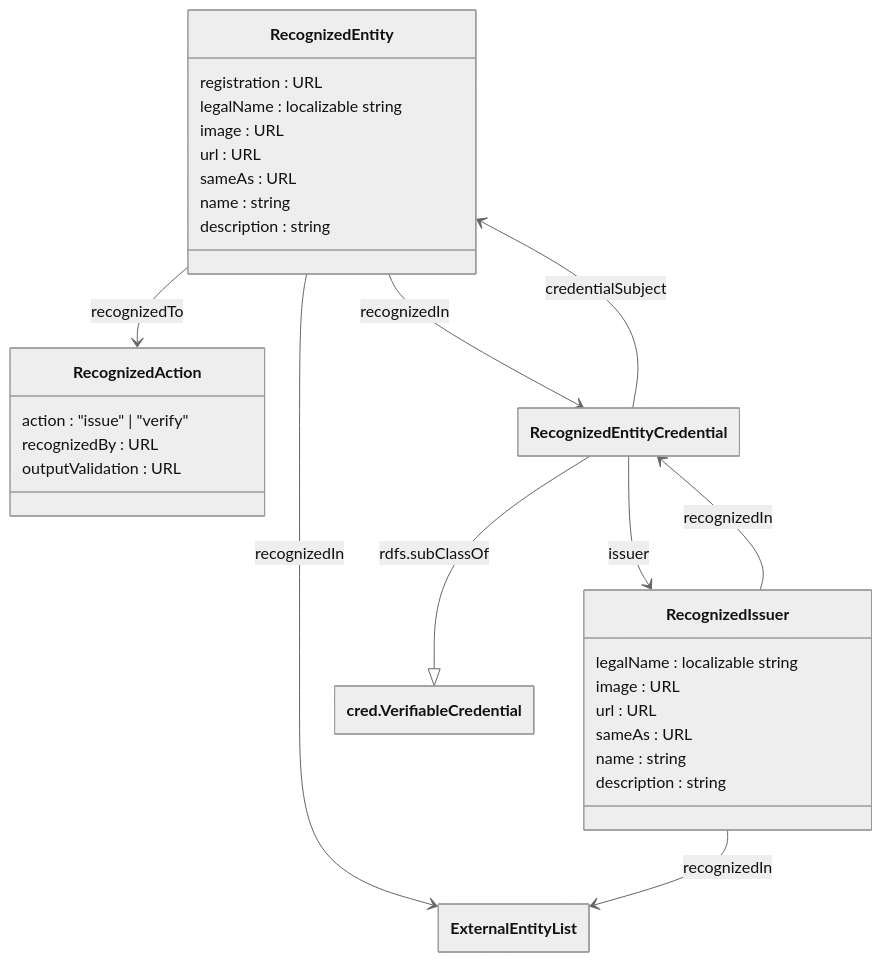
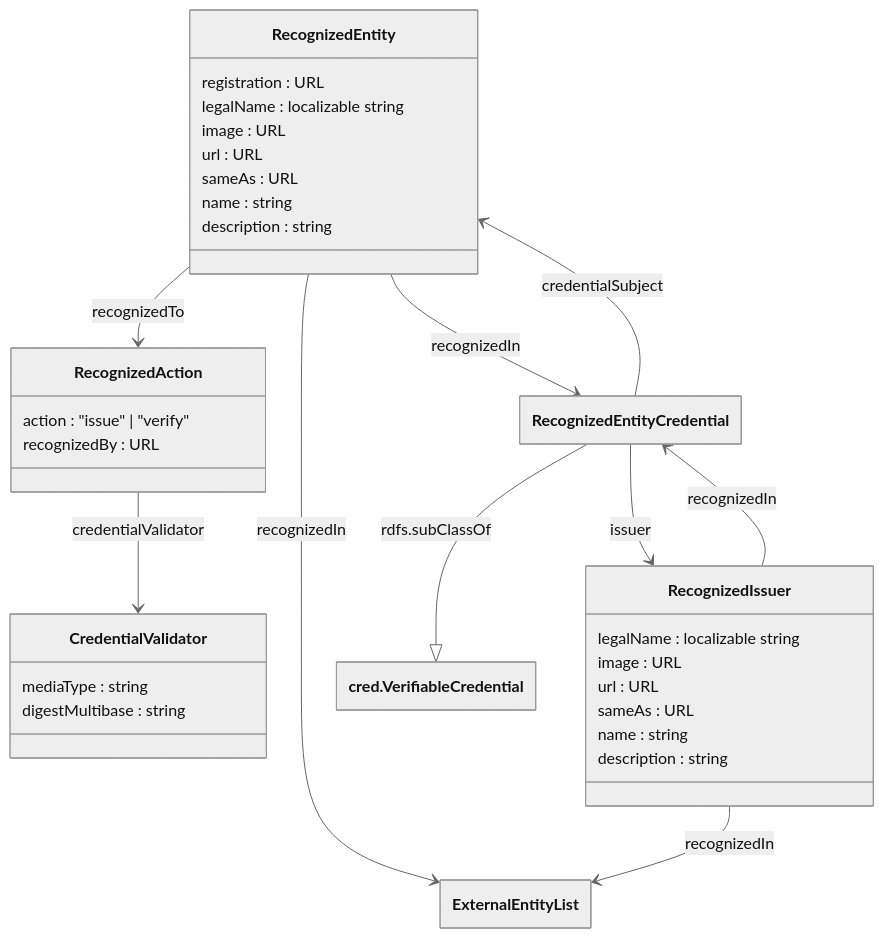
Before and after one commit to w3c/vc-recognized-entities: the diagram in vocab/v1/vocabulary.mmd, drawn with Mermaid. The commit also changed 6 other files, not shown here.

Commit message:
Replace outputValidation, legacy Data Model wording, and typos.

```diff
--- a/vocab/v1/vocabulary.mmd
+++ b/vocab/v1/vocabulary.mmd
@@ -1,45 +1,50 @@
 %%{
     init: {
         "theme" : "neutral",
         "class": {
             "hideEmptyMembersBox": true
         }
     }
 }%%
 classDiagram
     class RecognizedEntity {
         registration : URL
         legalName : localizable string
         image : URL
         url : URL
         sameAs : URL
         name : string
         description : string
     }
 
     class RecognizedAction {
         action : "issue" | "verify"
         recognizedBy : URL
-        outputValidation : URL
+    }
+
+    class CredentialValidator {
+        mediaType : string
+        digestMultibase : string
     }
 
     class RecognizedIssuer {
         legalName : localizable string
         image : URL
         url : URL
         sameAs : URL
         name : string
         description : string
     }
 
     RecognizedEntityCredential --|> cred.VerifiableCredential : rdfs.subClassOf
 
     RecognizedEntity --> RecognizedAction : recognizedTo
+    RecognizedAction --> CredentialValidator : credentialValidator
 
     RecognizedEntityCredential --> RecognizedIssuer : issuer
     RecognizedEntityCredential --> RecognizedEntity : credentialSubject
 
     RecognizedEntity --> ExternalEntityList : recognizedIn
     RecognizedEntity --> RecognizedEntityCredential : recognizedIn
     RecognizedIssuer --> ExternalEntityList : recognizedIn
     RecognizedIssuer --> RecognizedEntityCredential : recognizedIn
```
